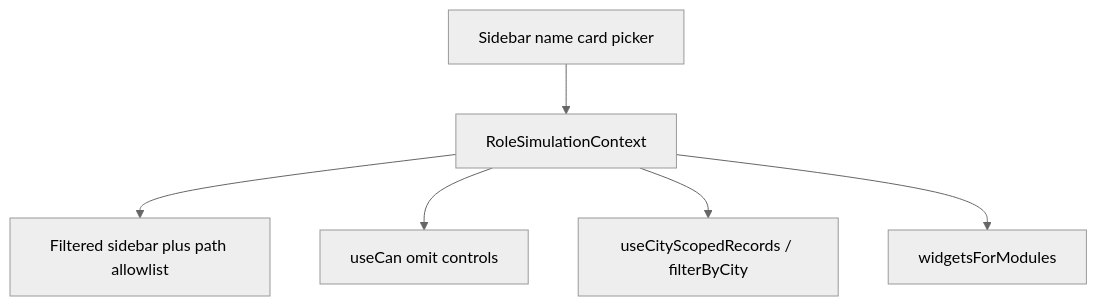
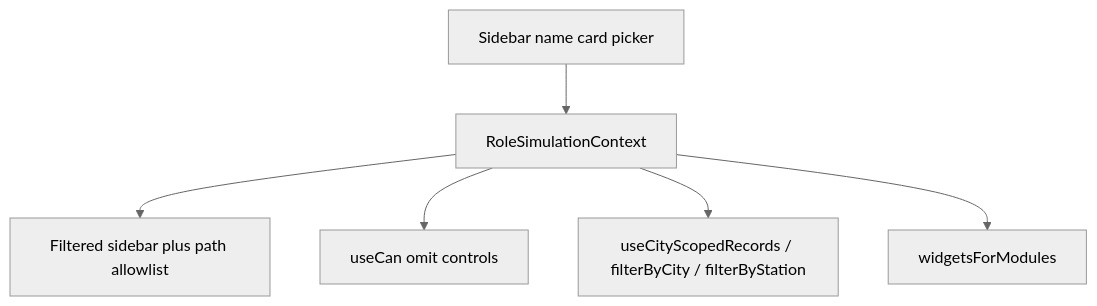
One commit to obinnaonyemeh-max/MaxOne-v2 changed the diagram in docs/ROLE_SIMULATION.md. Above: the diagram before and after it, drawn with Mermaid (neutral theme). The commit also changed other lines of this file and 49 other files, not shown here.

First line of the commit message:
feat: Add Falcon role scopes, charger flow, and hub/station updates

````diff
--- a/docs/ROLE_SIMULATION.md
+++ b/docs/ROLE_SIMULATION.md
@@ -35,14 +35,14 @@
 ```mermaid
 flowchart TD
   picker[Sidebar name card picker]
   ctx[RoleSimulationContext]
   nav[Filtered sidebar plus path allowlist]
   actions[useCan omit controls]
-  data[useCityScopedRecords / filterByCity]
+  data[useCityScopedRecords / filterByCity / filterByStation]
   dash[widgetsForModules]
   picker --> ctx
   ctx --> nav
   ctx --> actions
   ctx --> data
   ctx --> dash
 ```
````
